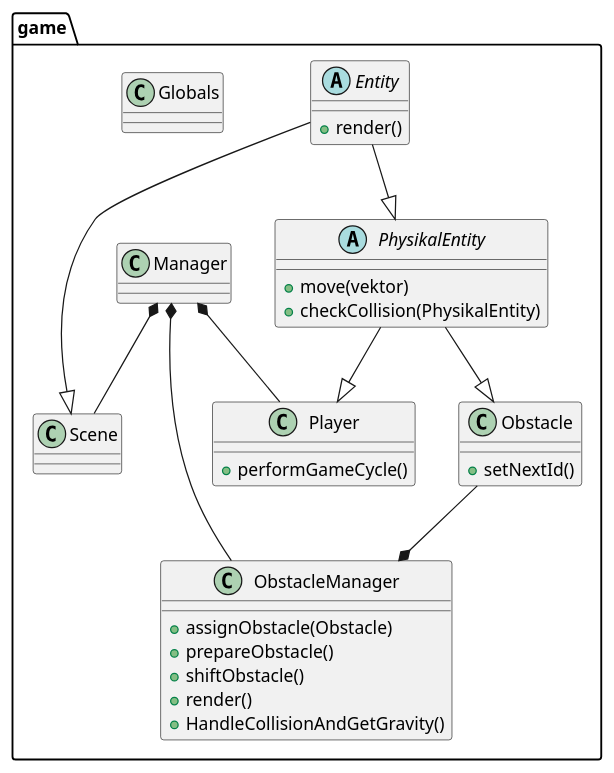
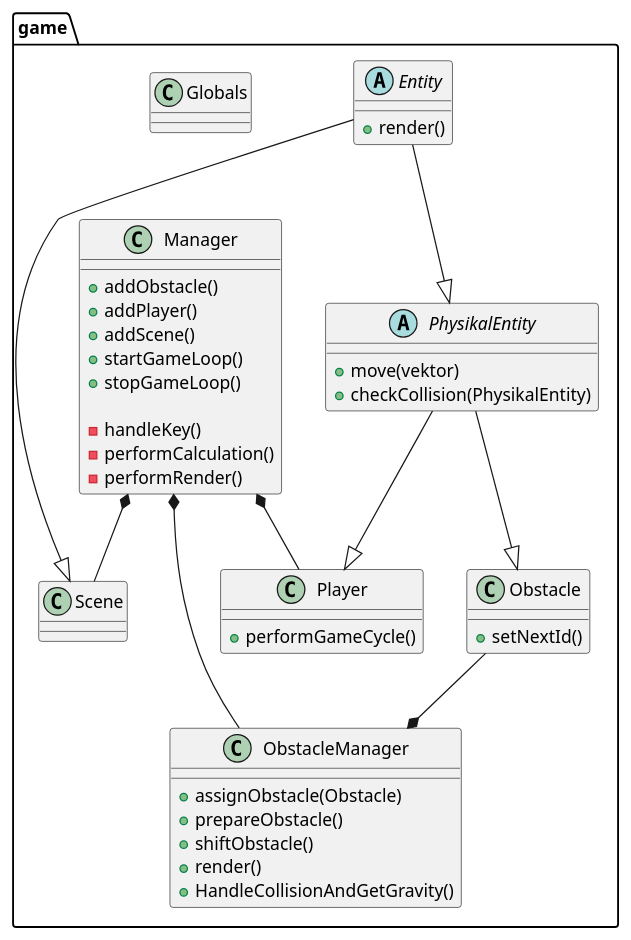
One commit to LarsDerNorweger/IntTech changed the diagram in Doc/UML/test.puml. Above: the diagram before and after it, drawn with PlantUML. The commit also changed 1 other file, not shown here.

```diff
--- a/Doc/UML/test.puml
+++ b/Doc/UML/test.puml
@@ -1,42 +1,52 @@
 @startuml hallo
 package game{
     abstract class Entity
     {
         + render()
     } 
     class Globals
-    class Manager
+    class Manager{
+        + addObstacle()
+        + addPlayer()
+        + addScene()
+        + startGameLoop()
+        + stopGameLoop()
+
+        - handleKey()
+        - performCalculation()
+        - performRender()
+    }
     class Obstacle{
         + setNextId()
     }
     class ObstacleManager
     {
         + assignObstacle(Obstacle)
         + prepareObstacle()
         + shiftObstacle()
         + render()
         + HandleCollisionAndGetGravity()
     }
     abstract PhysikalEntity{
         + move(vektor)
         + checkCollision(PhysikalEntity)
     }
     class Player{
         + performGameCycle()
     }
     class Scene
 
     Entity --|> PhysikalEntity
     Entity --|> Scene
     PhysikalEntity --|> Player
     PhysikalEntity --|> Obstacle
 
     Obstacle --* ObstacleManager
 
     Manager *-- ObstacleManager
     Manager *-- Player
     Manager *-- Scene   
 }
 
 
 @enduml
```
